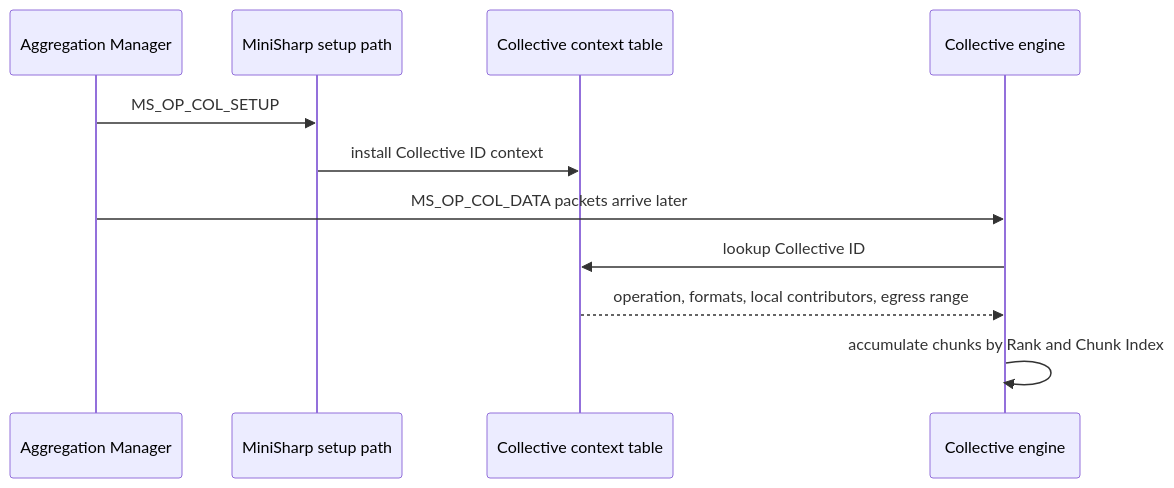
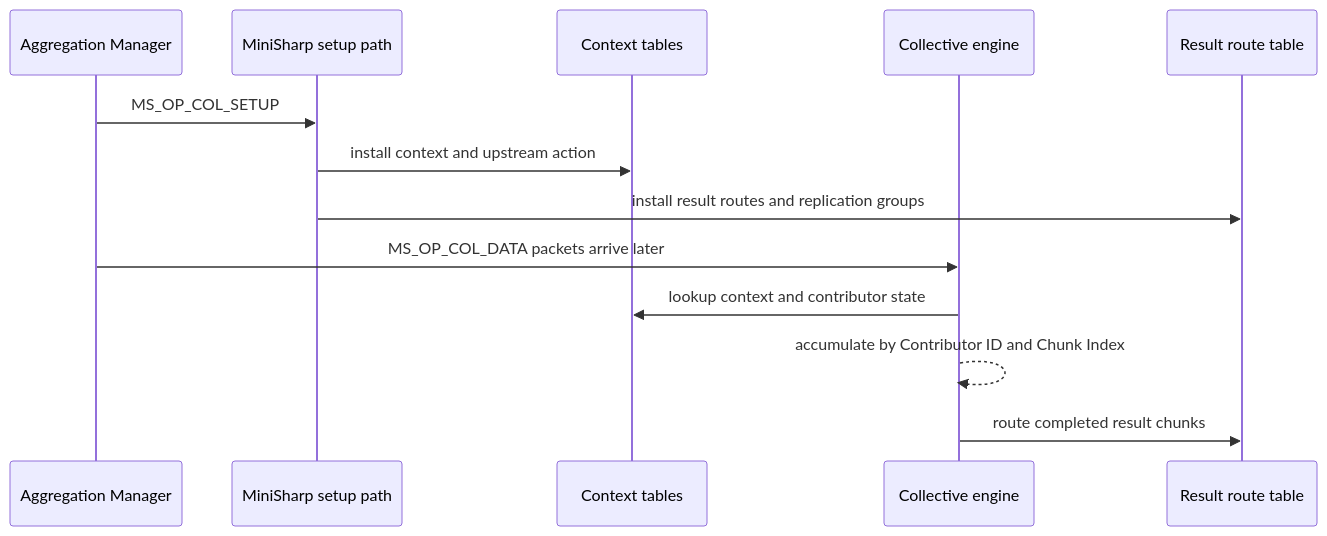
The third of 13 diagrams in docs/chapters/3-architecture/protocol.md (uniquadev/prism), drawn with Mermaid before and after one commit. The commit also changed other lines of this file and 9 other files, not shown here.

````diff
--- a/docs/chapters/3-architecture/protocol.md
+++ b/docs/chapters/3-architecture/protocol.md
@@ -207,14 +302,16 @@
 ```mermaid
 sequenceDiagram
     participant AM as Aggregation Manager
     participant SW as MiniSharp setup path
-    participant CTX as Collective context table
+    participant CTX as Context tables
     participant CE as Collective engine
+    participant RRT as Result route table
 
     AM->>SW: MS_OP_COL_SETUP
-    SW->>CTX: install Collective ID context
+    SW->>CTX: install context and upstream action
+    SW->>RRT: install result routes and replication groups
     AM->>CE: MS_OP_COL_DATA packets arrive later
-    CE->>CTX: lookup Collective ID
-    CTX-->>CE: operation, formats, local contributors, egress range
-    CE->>CE: accumulate chunks by Rank and Chunk Index
+    CE->>CTX: lookup context and contributor state
+    CE-->>CE: accumulate by Contributor ID and Chunk Index
+    CE->>RRT: route completed result chunks
 ```
````
